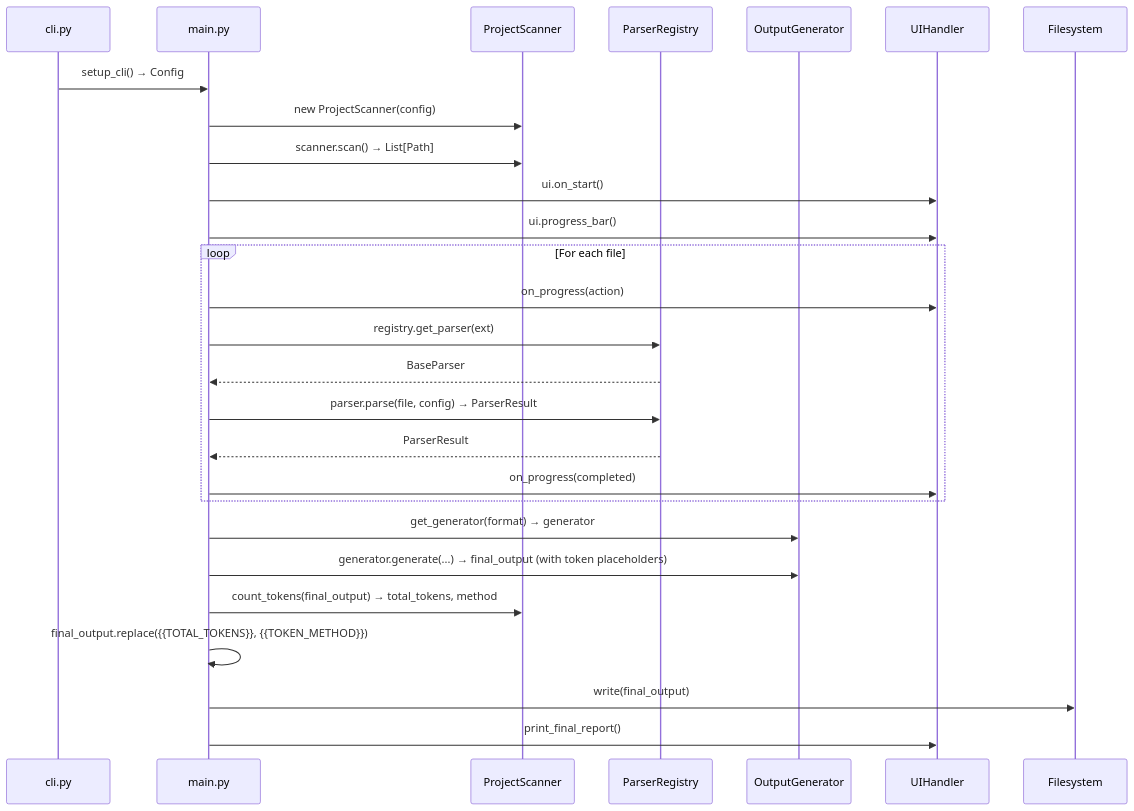
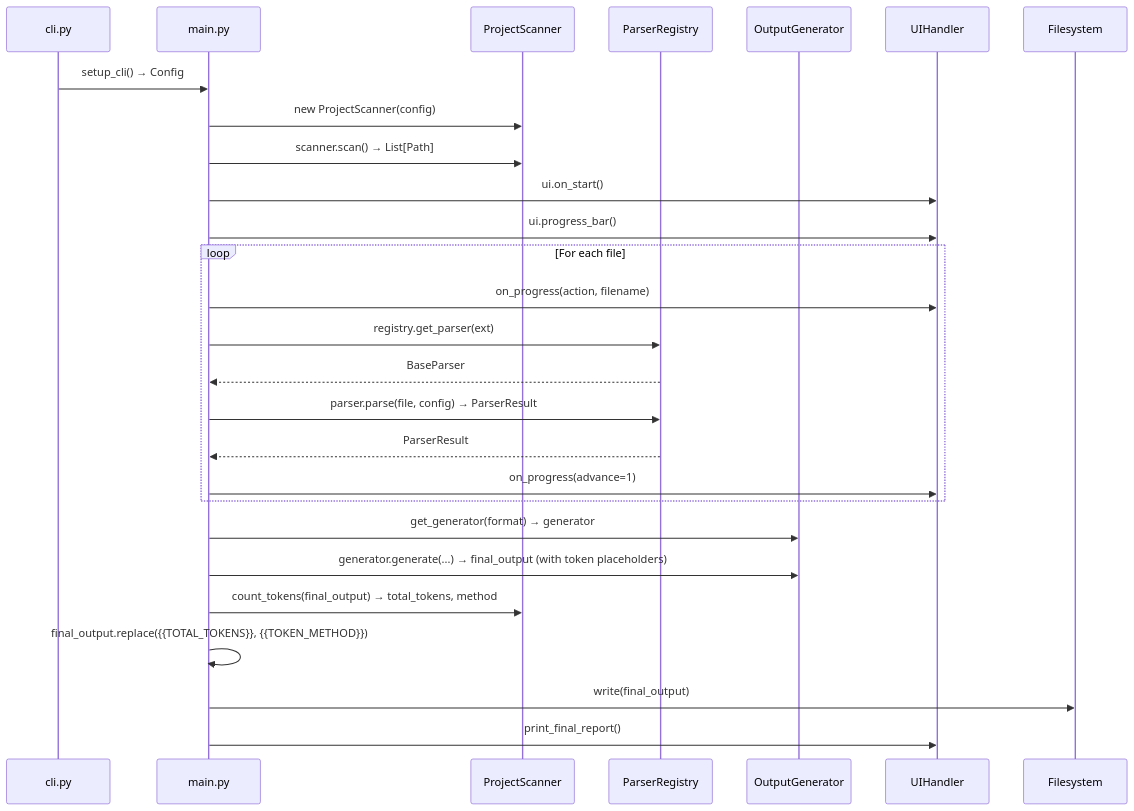
One commit to arianmokhtariha/data2prompt changed the second of 2 diagrams in docs/architecture.md. Above: the diagram before and after it, drawn with Mermaid. The commit also changed other lines of this file and 7 other files, not shown here.

````diff
--- a/docs/architecture.md
+++ b/docs/architecture.md
@@ -63,31 +63,31 @@
 ```mermaid
 sequenceDiagram
     participant CLI as cli.py
     participant Main as main.py
     participant Scanner as ProjectScanner
     participant Parser as ParserRegistry
     participant Output as OutputGenerator
     participant UI as UIHandler
 
     CLI->>Main: setup_cli() → Config
     Main->>Scanner: new ProjectScanner(config)
     Main->>Scanner: scanner.scan() → List[Path]
     Main->>UI: ui.on_start()
     Main->>UI: ui.progress_bar()
 
     loop For each file
-        Main->>UI: on_progress(action)
+        Main->>UI: on_progress(action, filename)
         Main->>Parser: registry.get_parser(ext)
         Parser-->>Main: BaseParser
         Main->>Parser: parser.parse(file, config) → ParserResult
         Parser-->>Main: ParserResult
-        Main->>UI: on_progress(completed)
+        Main->>UI: on_progress(advance=1)
     end
 
     Main->>Output: get_generator(format) → generator
     Main->>Output: generator.generate(...) → final_output (with token placeholders)
     Main->>Scanner: count_tokens(final_output) → total_tokens, method
     Main->>Main: final_output.replace({{TOTAL_TOKENS}}, {{TOKEN_METHOD}})
     Main->>Filesystem: write(final_output)
     Main->>UI: print_final_report()
 ```
````
